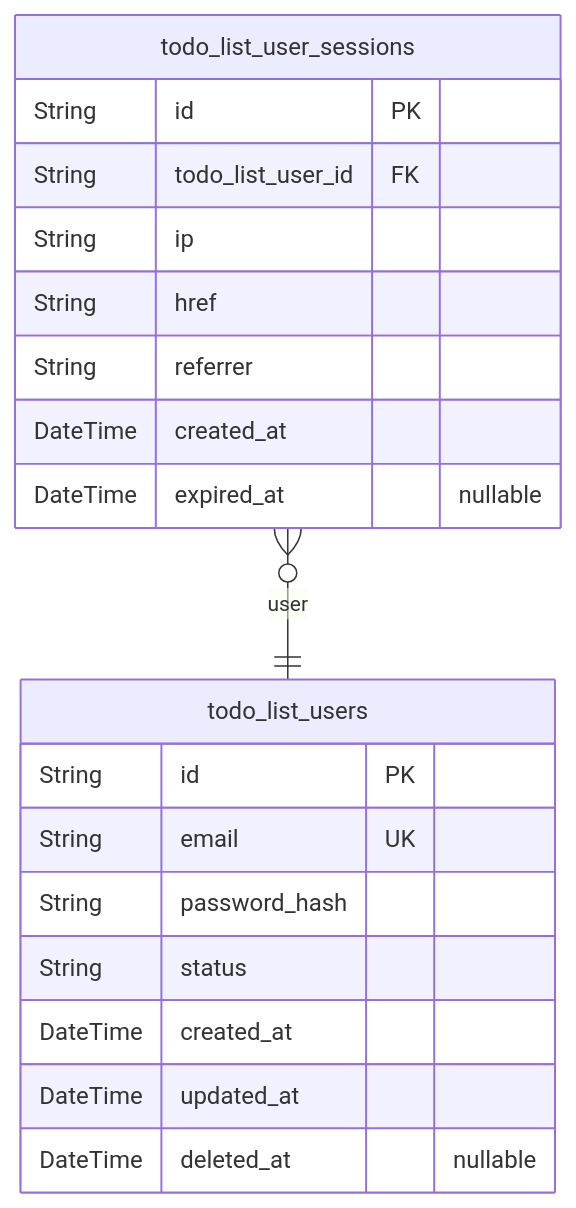
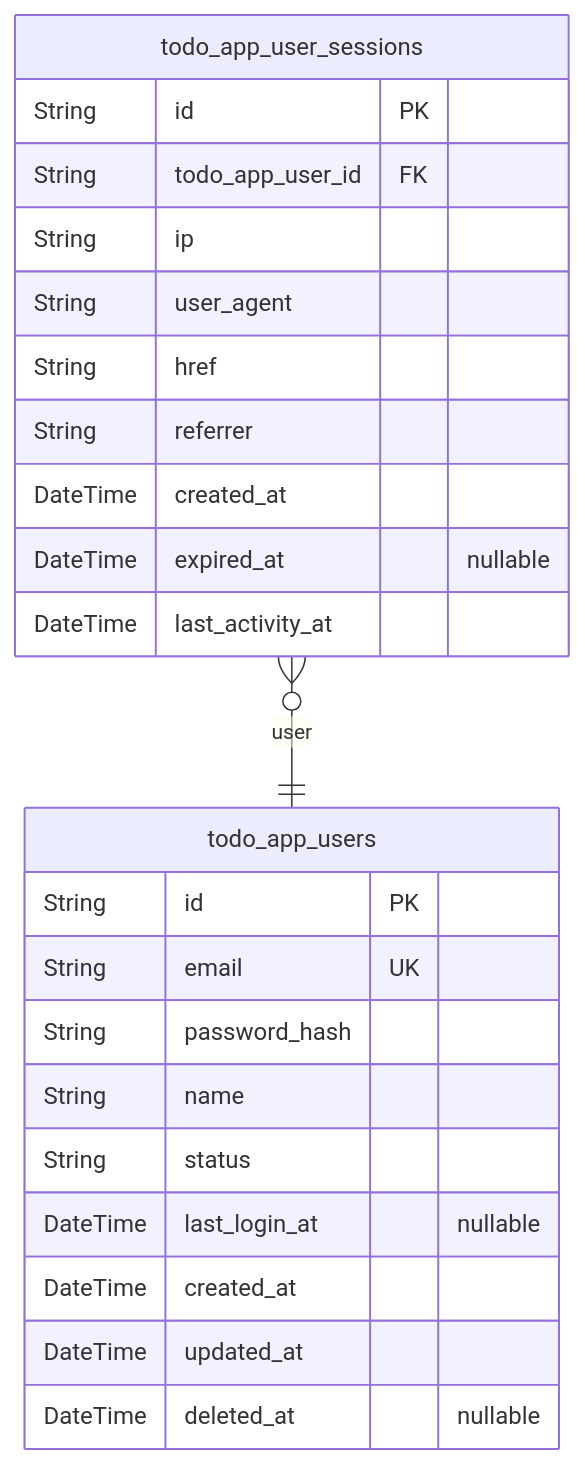
Before and after one commit to wrtnlabs/autobe-examples: the second of 4 diagrams in deepseek/deepseek-v3.1-terminus-exacto/todo/docs/ERD.md, drawn with Mermaid. The commit also changed other lines of this file and 8017 other files, not shown here.

````diff
--- a/deepseek/deepseek-v3.1-terminus-exacto/todo/docs/ERD.md
+++ b/deepseek/deepseek-v3.1-terminus-exacto/todo/docs/ERD.md
@@ -76,22 +185,26 @@
 ```mermaid
 erDiagram
-"todo_list_users" {
+"todo_app_users" {
   String id PK
   String email UK
   String password_hash
+  String name
   String status
+  DateTime last_login_at "nullable"
   DateTime created_at
   DateTime updated_at
   DateTime deleted_at "nullable"
 }
-"todo_list_user_sessions" {
+"todo_app_user_sessions" {
   String id PK
-  String todo_list_user_id FK
+  String todo_app_user_id FK
   String ip
+  String user_agent
   String href
   String referrer
   DateTime created_at
   DateTime expired_at "nullable"
+  DateTime last_activity_at
 }
-"todo_list_user_sessions" }o--|| "todo_list_users" : user
+"todo_app_user_sessions" }o--|| "todo_app_users" : user
 ```
````
